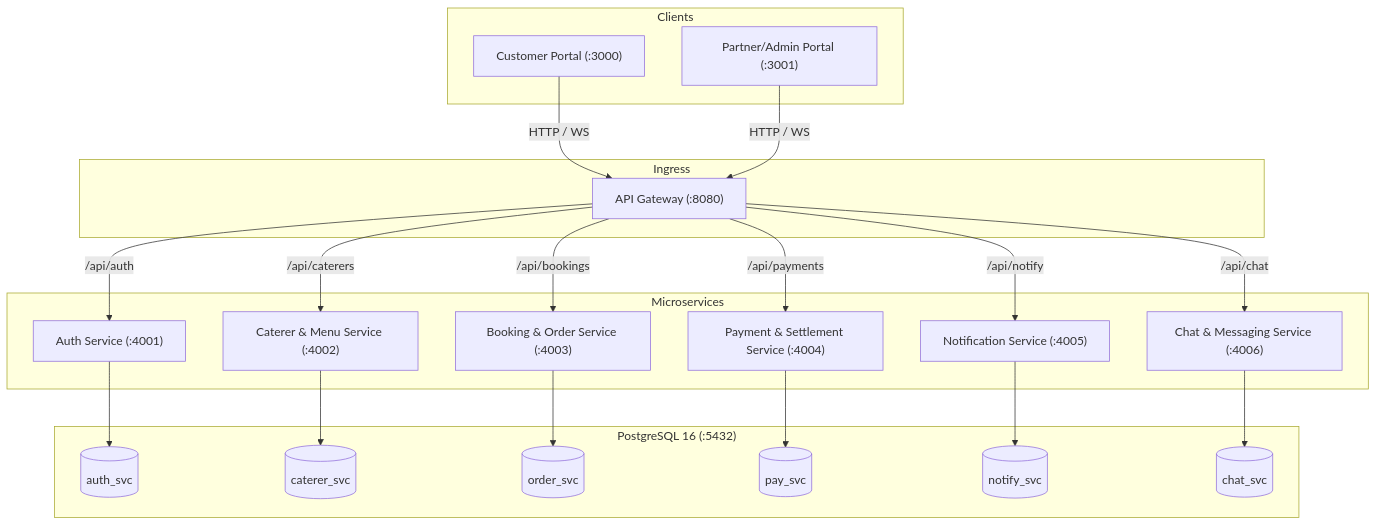
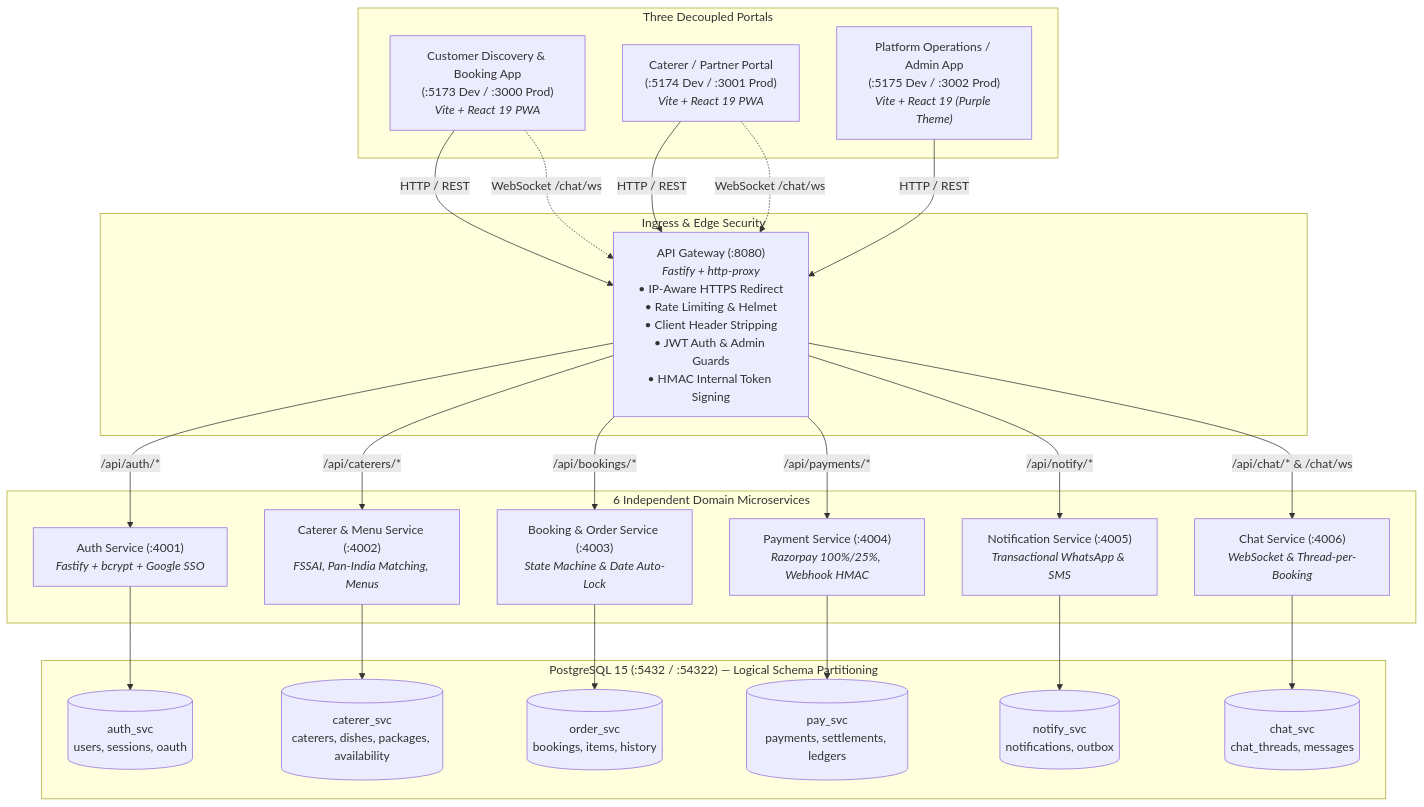
The first of 2 diagrams in CateringService/approach_2/.planning/codebase/ARCHITECTURE.md (guruhemanth/project-9), drawn with Mermaid before and after one commit. The commit also changed other lines of this file and 6 other files, not shown here.

Commit message:
docs(codebase): refresh codebase maps across architecture, stack, conventions, integrations, structure, testing, and concerns

````diff
--- a/CateringService/approach_2/.planning/codebase/ARCHITECTURE.md
+++ b/CateringService/approach_2/.planning/codebase/ARCHITECTURE.md
@@ -6,46 +6,50 @@
 ```mermaid
 flowchart TD
-    subgraph Clients
-        CA["Customer Portal (:3000)"]
-        PA["Partner/Admin Portal (:3001)"]
+    subgraph Clients["Three Decoupled Portals"]
+        CA["Customer Discovery & Booking App<br/>(:5173 Dev / :3000 Prod)<br/><i>Vite + React 19 PWA</i>"]
+        PA["Caterer / Partner Portal<br/>(:5174 Dev / :3001 Prod)<br/><i>Vite + React 19 PWA</i>"]
+        AA["Platform Operations / Admin App<br/>(:5175 Dev / :3002 Prod)<br/><i>Vite + React 19 (Purple Theme)</i>"]
     end
 
-    subgraph Ingress
-        GW["API Gateway (:8080)"]
+    subgraph Ingress["Ingress & Edge Security"]
+        GW["API Gateway (:8080)<br/><i>Fastify + http-proxy</i><br/>• IP-Aware HTTPS Redirect<br/>• Rate Limiting & Helmet<br/>• Client Header Stripping<br/>• JWT Auth & Admin Guards<br/>• HMAC Internal Token Signing"]
     end
 
-    subgraph Microservices
-        AUTH["Auth Service (:4001)"]
-        CAT["Caterer & Menu Service (:4002)"]
-        BOOK["Booking & Order Service (:4003)"]
-        PAY["Payment & Settlement Service (:4004)"]
-        NOTIF["Notification Service (:4005)"]
-        CHAT["Chat & Messaging Service (:4006)"]
+    subgraph Microservices["6 Independent Domain Microservices"]
+        AUTH["Auth Service (:4001)<br/><i>Fastify + bcrypt + Google SSO</i>"]
+        CAT["Caterer & Menu Service (:4002)<br/><i>FSSAI, Pan-India Matching, Menus</i>"]
+        BOOK["Booking & Order Service (:4003)<br/><i>State Machine & Date Auto-Lock</i>"]
+        PAY["Payment Service (:4004)<br/><i>Razorpay 100%/25%, Webhook HMAC</i>"]
+        NOTIF["Notification Service (:4005)<br/><i>Transactional WhatsApp & SMS</i>"]
+        CHAT["Chat Service (:4006)<br/><i>WebSocket & Thread-per-Booking</i>"]
     end
 
-    subgraph Database["PostgreSQL 16 (:5432)"]
-        DB_AUTH[("auth_svc")]
-        DB_CAT[("caterer_svc")]
-        DB_ORDER[("order_svc")]
-        DB_PAY[("pay_svc")]
-        DB_NOTIF[("notify_svc")]
-        DB_CHAT[("chat_svc")]
+    subgraph Database["PostgreSQL 15 (:5432 / :54322) — Logical Schema Partitioning"]
+        DB_AUTH[("auth_svc<br/>users, sessions, oauth")]
+        DB_CAT[("caterer_svc<br/>caterers, dishes, packages, availability")]
+        DB_ORDER[("order_svc<br/>bookings, items, history")]
+        DB_PAY[("pay_svc<br/>payments, settlements, ledgers")]
+        DB_NOTIF[("notify_svc<br/>notifications, outbox")]
+        DB_CHAT[("chat_svc<br/>chat_threads, messages")]
     end
 
-    CA -->|HTTP / WS| GW
-    PA -->|HTTP / WS| GW
+    CA -->|HTTP / REST| GW
+    PA -->|HTTP / REST| GW
+    AA -->|HTTP / REST| GW
+    CA -.->|WebSocket /chat/ws| GW
+    PA -.->|WebSocket /chat/ws| GW
 
-    GW -->|/api/auth| AUTH
-    GW -->|/api/caterers| CAT
-    GW -->|/api/bookings| BOOK
-    GW -->|/api/payments| PAY
-    GW -->|/api/notify| NOTIF
-    GW -->|/api/chat| CHAT
+    GW -->|/api/auth/*| AUTH
+    GW -->|/api/caterers/*| CAT
+    GW -->|/api/bookings/*| BOOK
+    GW -->|/api/payments/*| PAY
+    GW -->|/api/notify/*| NOTIF
+    GW -->|/api/chat/* & /chat/ws| CHAT
 
     AUTH --> DB_AUTH
     CAT --> DB_CAT
     BOOK --> DB_ORDER
     PAY --> DB_PAY
     NOTIF --> DB_NOTIF
     CHAT --> DB_CHAT
 ```
````
